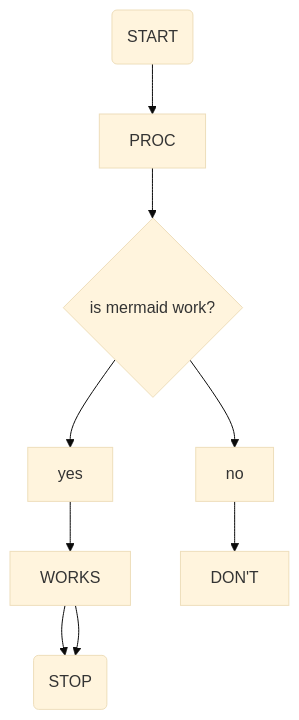
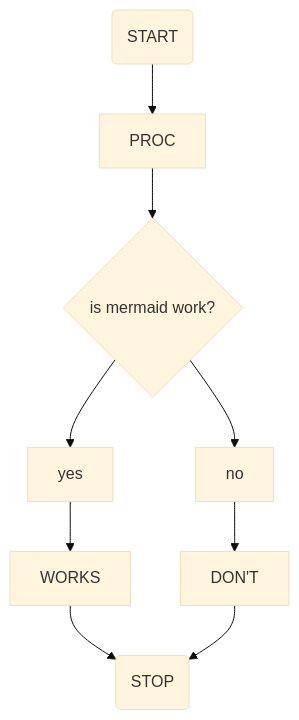
One commit to syemetsgit/testpub changed the diagram in README.md. Above: the diagram before and after it, drawn with Mermaid (base theme).

Commit message:
mermaid OK

````diff
--- a/README.md
+++ b/README.md
@@ -3,9 +3,9 @@
 ```mermaid
   graph TD
   A(START)-->B[PROC]
   B-->C{is mermaid work?}
   C-->yes-->W[WORKS]
   C-->no-->N[DON'T]
   W-->F(STOP)
-  W-->F
+  N-->F
 ```
````
